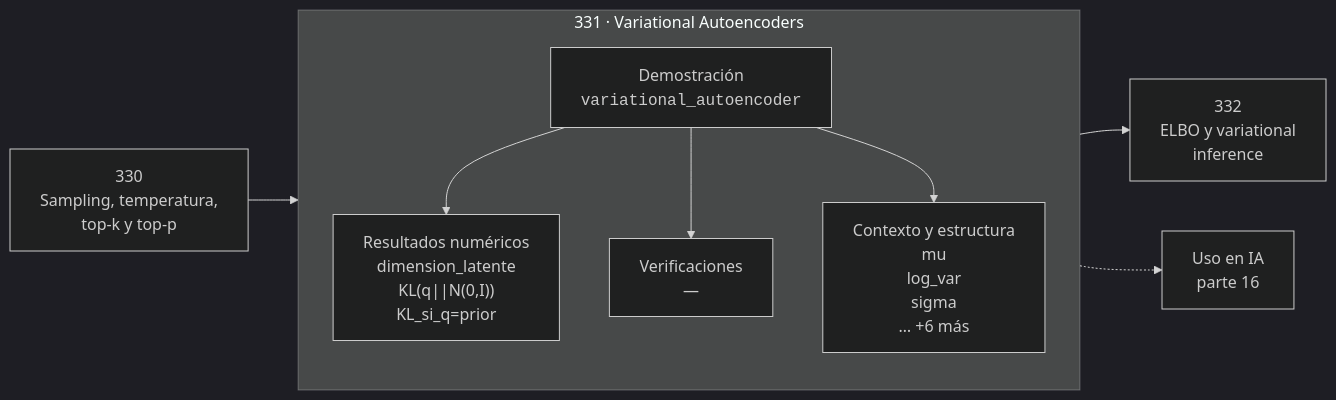
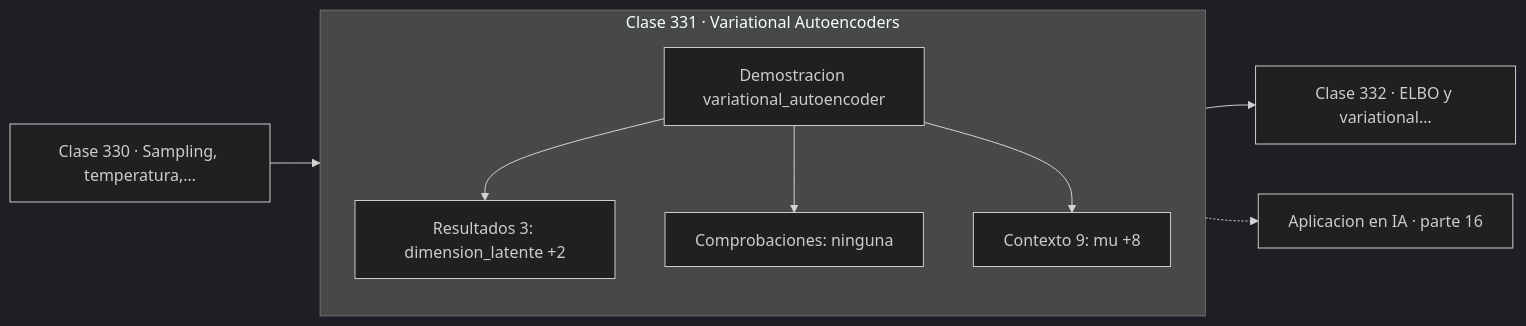
Before and after one commit to vladimiracunadev-create/computational-mathematics-program: the diagram in classes/part-16-matematica-de-transformers-modelos-generativos-grafos-y-rl/331-variational-autoencoders/README.md, drawn with Mermaid (dark theme). The commit also changed 389 other files, not shown here.

First line of the commit message:
fix(diagramas): elimina el HTML de las etiquetas Mermaid

````diff
--- a/classes/part-16-matematica-de-transformers-modelos-generativos-grafos-y-rl/331-variational-autoencoders/README.md
+++ b/classes/part-16-matematica-de-transformers-modelos-generativos-grafos-y-rl/331-variational-autoencoders/README.md
@@ -30,12 +30,13 @@
 ```mermaid
 flowchart LR
-    P["330<br/>Sampling, temperatura,<br/>top-k y top-p"] --> C
-    subgraph C["331 · Variational Autoencoders"]
+    P["Clase 330 · Sampling, temperatura,…"] --> D
+    subgraph CLASE["Clase 331 · Variational Autoencoders"]
         direction TB
-        D["Demostración<br/><code>variational_autoencoder</code>"] --> R["Resultados numéricos<br/>dimension_latente<br/>KL(q||N(0,I))<br/>KL_si_q=prior"]
-        D --> V["Verificaciones<br/>—"]
-        D --> O["Contexto y estructura<br/>mu<br/>log_var<br/>sigma<br/>… +6 más"]
+        D["Demostracion variational_autoencoder"]
+        D --> R["Resultados 3: dimension_latente +2"]
+        D --> V["Comprobaciones: ninguna"]
+        D --> O["Contexto 9: mu +8"]
     end
-    C --> N["332<br/>ELBO y variational<br/>inference"]
-    C -.-> IA["Uso en IA<br/>parte 16"]
+    R --> N["Clase 332 · ELBO y variational…"]
+    V -.-> IA["Aplicacion en IA · parte 16"]
 ```
````
